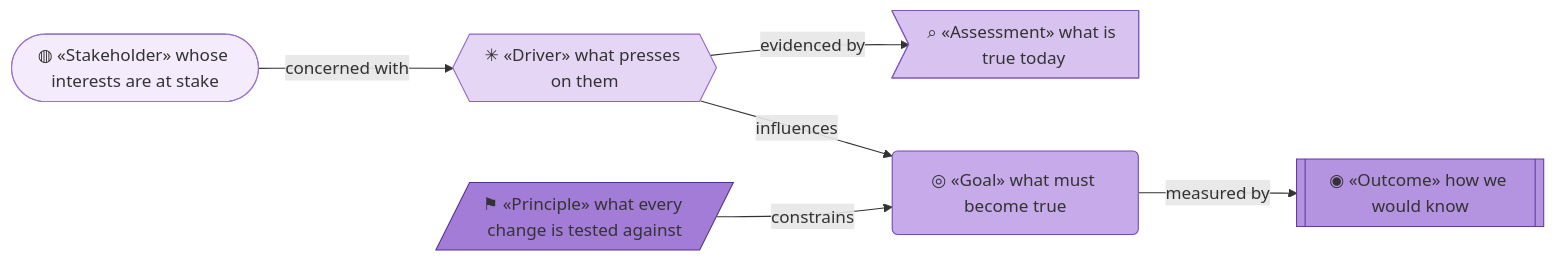
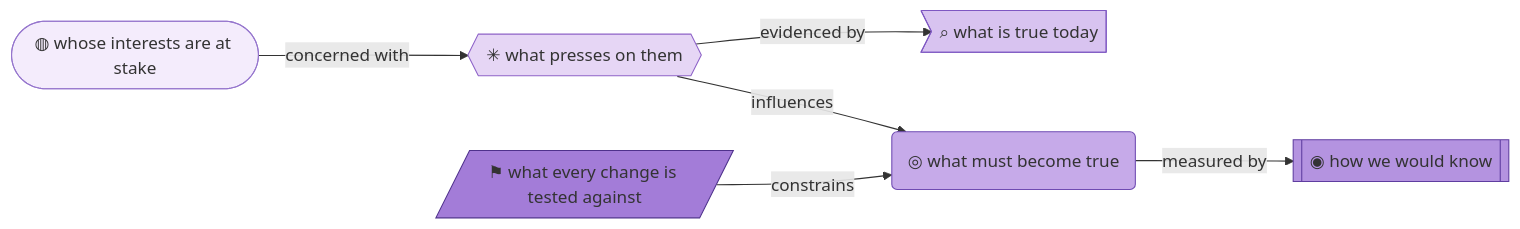
The diagram in org-archreator/architecture/1_strategy/1_motivation.md (roanboc/architecture-archreator), drawn with Mermaid before and after one commit. The commit also changed other lines of this file and 137 other files, not shown here.

````diff
--- a/org-archreator/architecture/1_strategy/1_motivation.md
+++ b/org-archreator/architecture/1_strategy/1_motivation.md
@@ -18,22 +14,22 @@
 ```mermaid
 flowchart LR
-  stk(["◍ «Stakeholder» whose interests are at stake"]):::stakeholder
-  drv{{"✳ «Driver» what presses on them"}}:::driver
-  asm>"⌕ «Assessment» what is true today"]:::assessment
-  goal("◎ «Goal» what must become true"):::goal
-  out[["◉ «Outcome» how we would know"]]:::outcome
-  prin[/"⚑ «Principle» what every change is tested against"/]:::principle
+  stk(["◍ whose interests are at stake"]):::stakeholder
+  drv{{"✳ what presses on them"}}:::driver
+  asm>"⌕ what is true today"]:::assessment
+  goal("◎ what must become true"):::goal
+  out[["◉ how we would know"]]:::outcome
+  prin[/"⚑ what every change is tested against"/]:::principle
 
   stk -->|concerned with| drv
   drv -->|evidenced by| asm
   drv -->|influences| goal
   goal -->|measured by| out
   prin -->|constrains| goal
 
   classDef stakeholder fill:#f4ecfc,stroke:#9575cd,color:#333
   classDef driver fill:#e6d6f5,stroke:#8e63c8,color:#333
   classDef assessment fill:#d8c3f0,stroke:#7e57c2,color:#333
   classDef goal fill:#c6aae9,stroke:#6f4bb2,color:#333
   classDef outcome fill:#b493e0,stroke:#5f3da0,color:#333
   classDef principle fill:#a37cd8,stroke:#4f318c,color:#333
 ```
````
